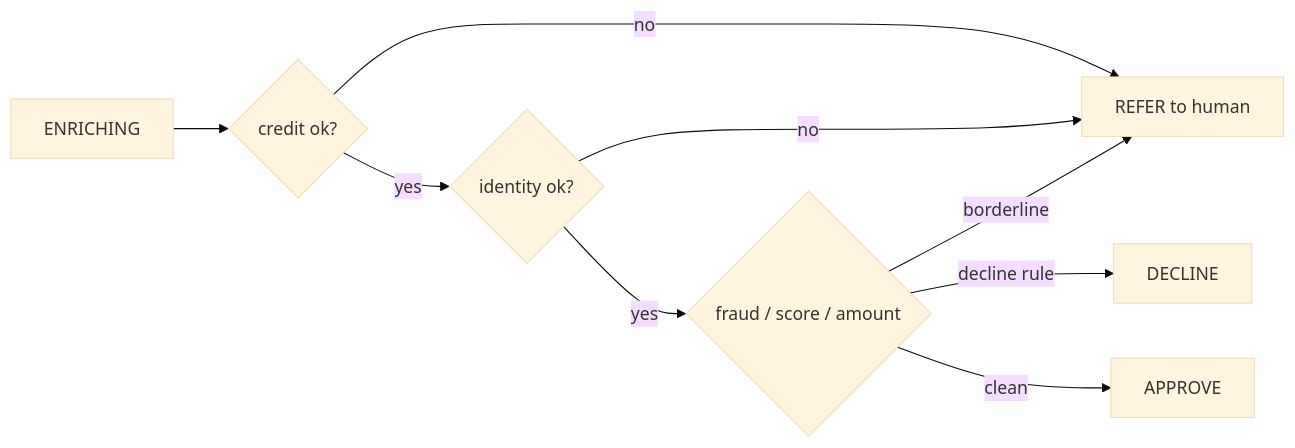
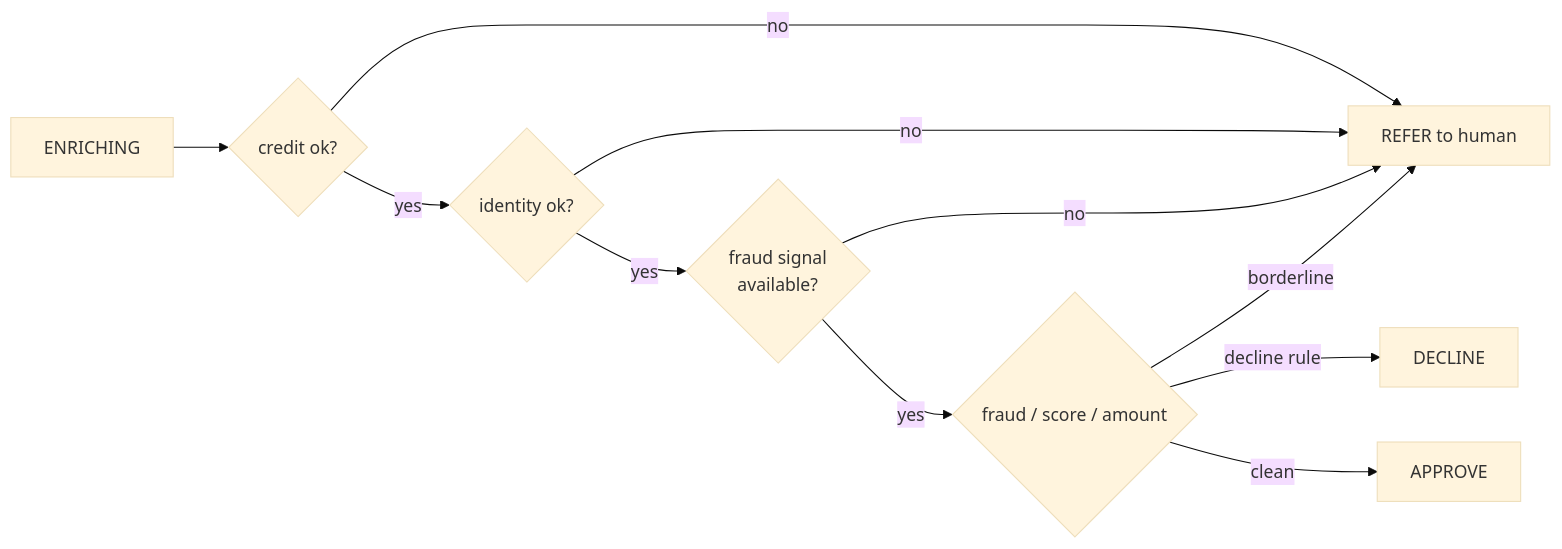
Before and after one commit to IndiW/loan-processing-pipeline: the third of 7 diagrams in ARCHITECTURE.md, drawn with Mermaid (base theme). The commit also changed other lines of this file and 4 other files, not shown here.

````diff
--- a/ARCHITECTURE.md
+++ b/ARCHITECTURE.md
@@ -241,11 +244,13 @@
 ```mermaid
 flowchart LR
     E[ENRICHING] --> C{credit ok?}
     C -- no --> R[REFER to human]
     C -- yes --> I{identity ok?}
     I -- no --> R
-    I -- yes --> F{fraud / score / amount}
+    I -- yes --> FA{fraud signal<br/>available?}
+    FA -- no --> R
+    FA -- yes --> F{fraud / score / amount}
     F -- decline rule --> D[DECLINE]
     F -- borderline --> R
     F -- clean --> AP[APPROVE]
 ```
````
